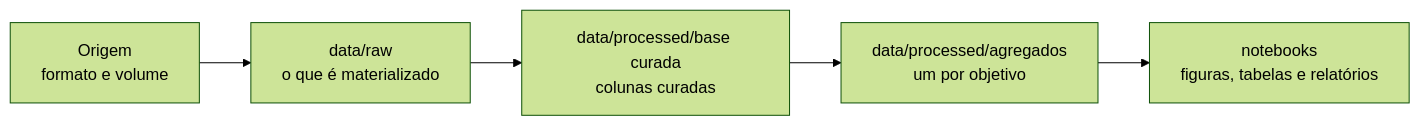
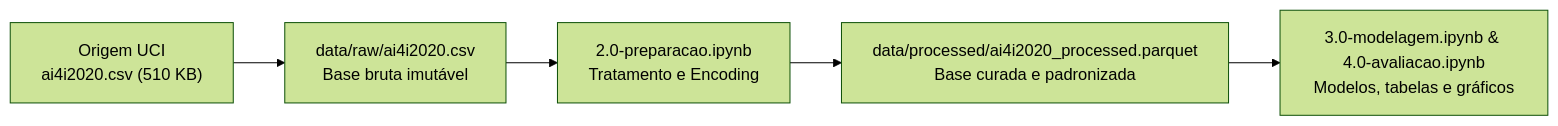
The diagram in docs/fonte-dados.md (Emanuel085/trab_unifor_template), drawn with Mermaid (forest theme) before and after one commit. The commit also changed other lines of this file and 5 other files, not shown here.

````diff
--- a/docs/fonte-dados.md
+++ b/docs/fonte-dados.md
@@ -83,7 +76,7 @@
 ```mermaid
 flowchart LR
-    A["Origem<br/>formato e volume"] --> B["data/raw<br/>o que é materializado"]
-    B --> C["data/processed/base curada<br/>colunas curadas"]
-    C --> D["data/processed/agregados<br/>um por objetivo"]
-    D --> E["notebooks<br/>figuras, tabelas e relatórios"]
+    A["Origem UCI<br/>ai4i2020.csv (510 KB)"] --> B["data/raw/ai4i2020.csv<br/>Base bruta imutável"]
+    B --> C["2.0-preparacao.ipynb<br/>Tratamento e Encoding"]
+    C --> D["data/processed/ai4i2020_processed.parquet<br/>Base curada e padronizada"]
+    D --> E["3.0-modelagem.ipynb & 4.0-avaliacao.ipynb<br/>Modelos, tabelas e gráficos"]
 ```
````
